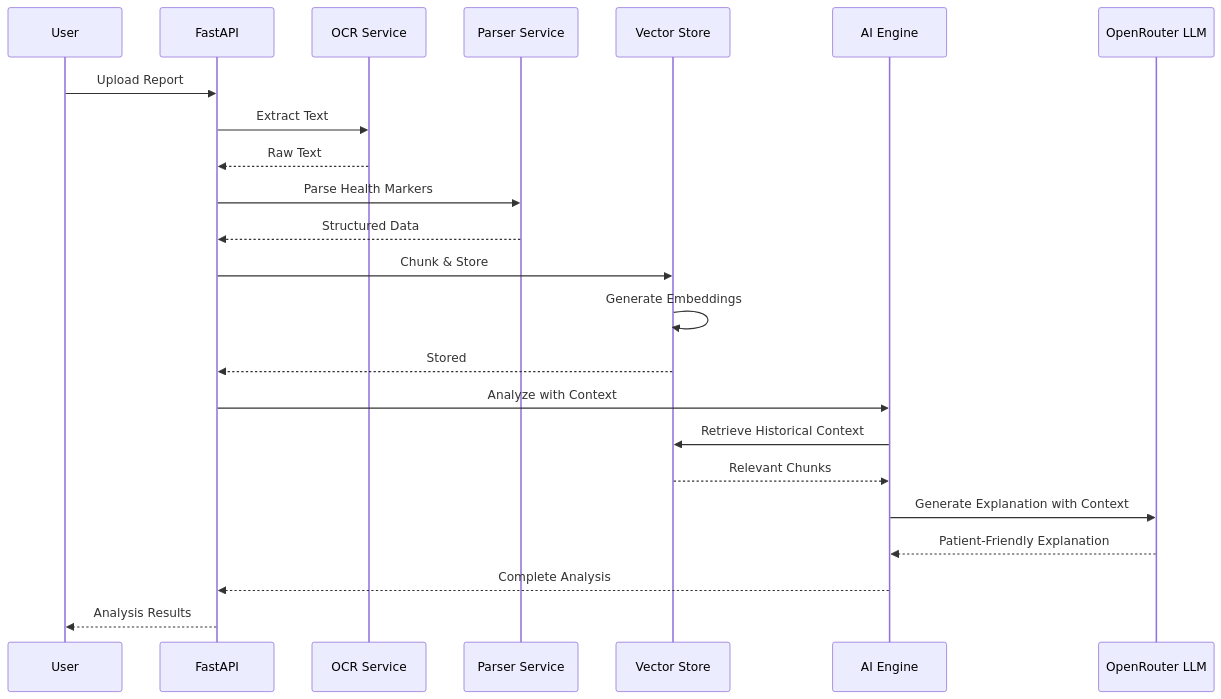
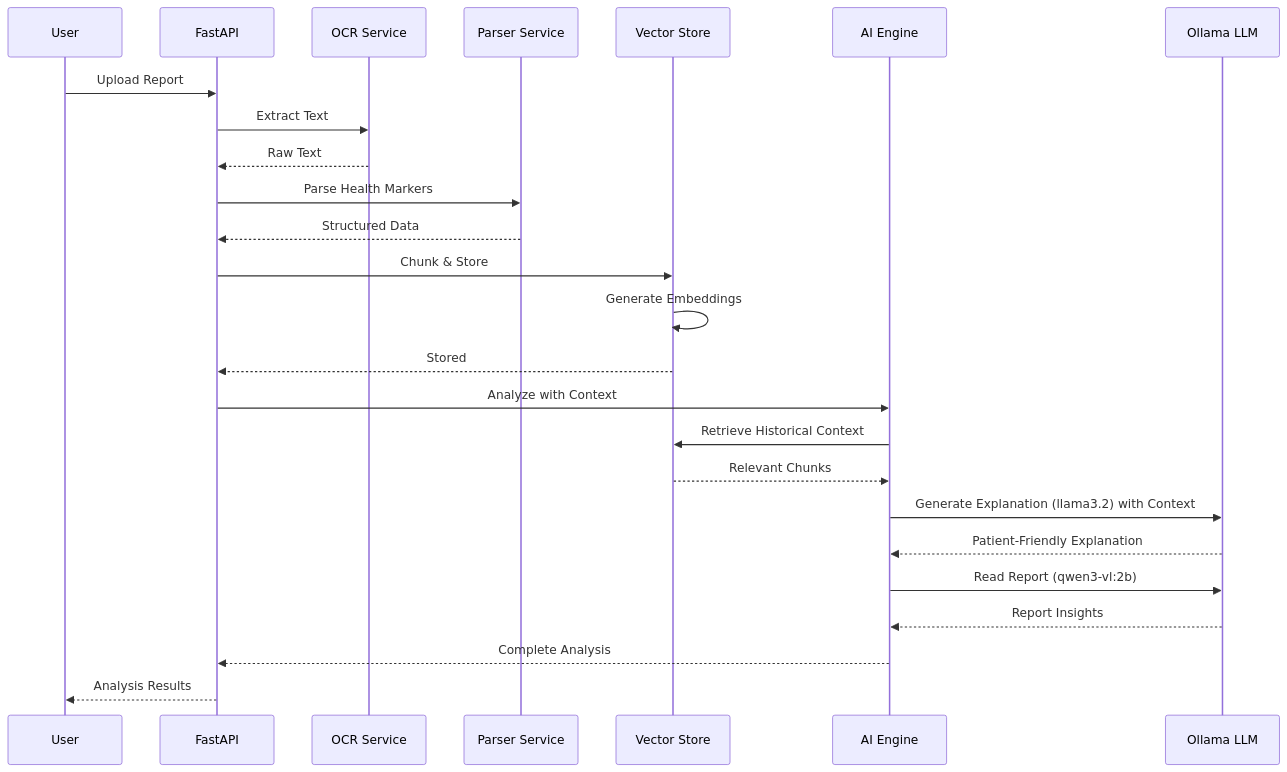
The second of 9 diagrams in README.md (AnvinX1/Aivara), drawn with Mermaid before and after one commit. The commit also changed other lines of this file and 50 other files, not shown here.

````diff
--- a/README.md
+++ b/README.md
@@ -522,26 +756,28 @@
 ```mermaid
 sequenceDiagram
     participant U as User
     participant API as FastAPI
     participant OCR as OCR Service
     participant Parser as Parser Service
     participant VS as Vector Store
     participant AI as AI Engine
-    participant LLM as OpenRouter LLM
+    participant Ollama as Ollama LLM
 
     U->>API: Upload Report
     API->>OCR: Extract Text
     OCR-->>API: Raw Text
     API->>Parser: Parse Health Markers
     Parser-->>API: Structured Data
     API->>VS: Chunk & Store
     VS->>VS: Generate Embeddings
     VS-->>API: Stored
     API->>AI: Analyze with Context
     AI->>VS: Retrieve Historical Context
     VS-->>AI: Relevant Chunks
-    AI->>LLM: Generate Explanation with Context
-    LLM-->>AI: Patient-Friendly Explanation
+    AI->>Ollama: Generate Explanation (llama3.2) with Context
+    Ollama-->>AI: Patient-Friendly Explanation
+    AI->>Ollama: Read Report (qwen3-vl:2b)
+    Ollama-->>AI: Report Insights
     AI-->>API: Complete Analysis
     API-->>U: Analysis Results
 ```
````
